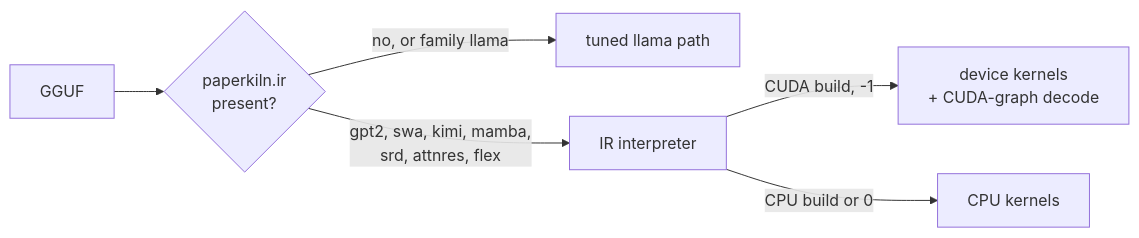
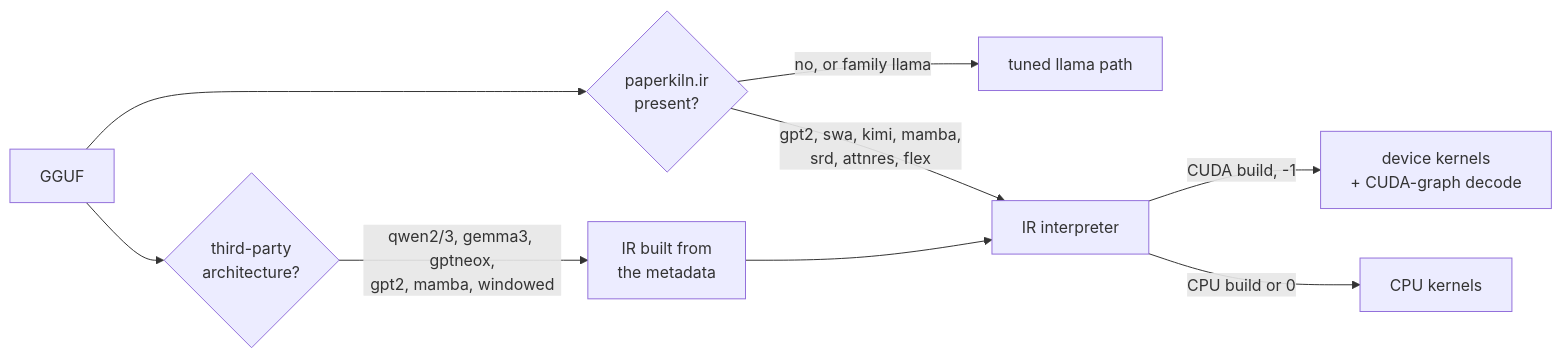
The second of 2 diagrams in README.md (JohnnyTeutonic/ember.cpp), drawn with Mermaid before and after one commit. The commit also changed other lines of this file and 4 other files, not shown here.

First line of the commit message:
Docs: third-party families and what runs where; long-prompt checks (chat_prompt_ids, ir_logits EMBER_IR_LAST, thirdparty_ember_check --ids)

````diff
--- a/README.md
+++ b/README.md
@@ -148,8 +177,10 @@
 ```mermaid
 flowchart LR
     G[GGUF] --> Q{"paperkiln.ir<br/>present?"}
     Q -- "no, or family llama" --> L["tuned llama path"]
     Q -- "gpt2, swa, kimi, mamba,<br/>srd, attnres, flex" --> I["IR interpreter"]
+    G --> T{"third-party<br/>architecture?"}
+    T -- "qwen2/3, gemma3, gptneox,<br/>gpt2, mamba, windowed" --> B["IR built from<br/>the metadata"] --> I
     I -- "CUDA build, -1" --> GPU["device kernels<br/>+ CUDA-graph decode"]
     I -- "CPU build or 0" --> CPU["CPU kernels"]
 ```
````
